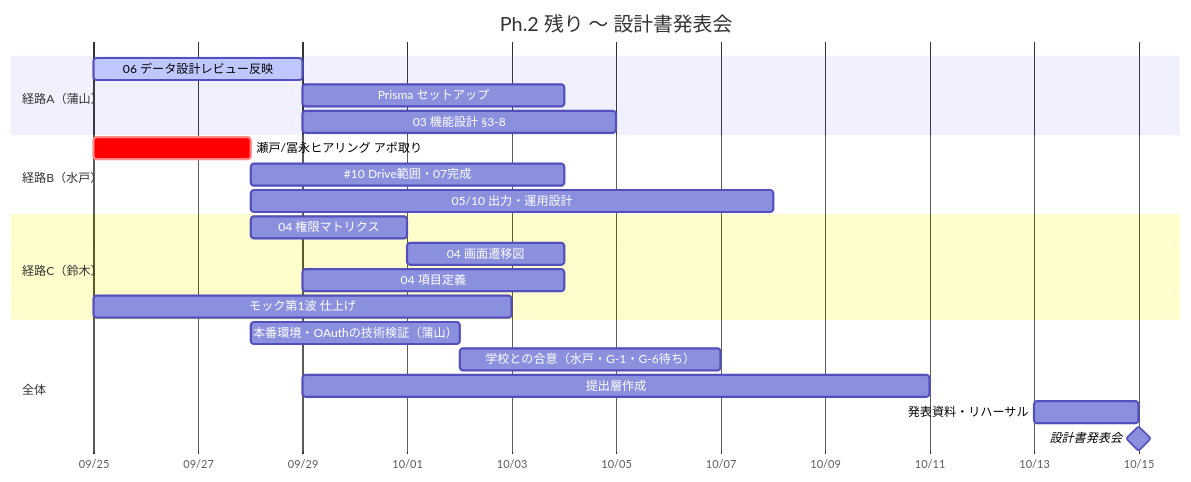
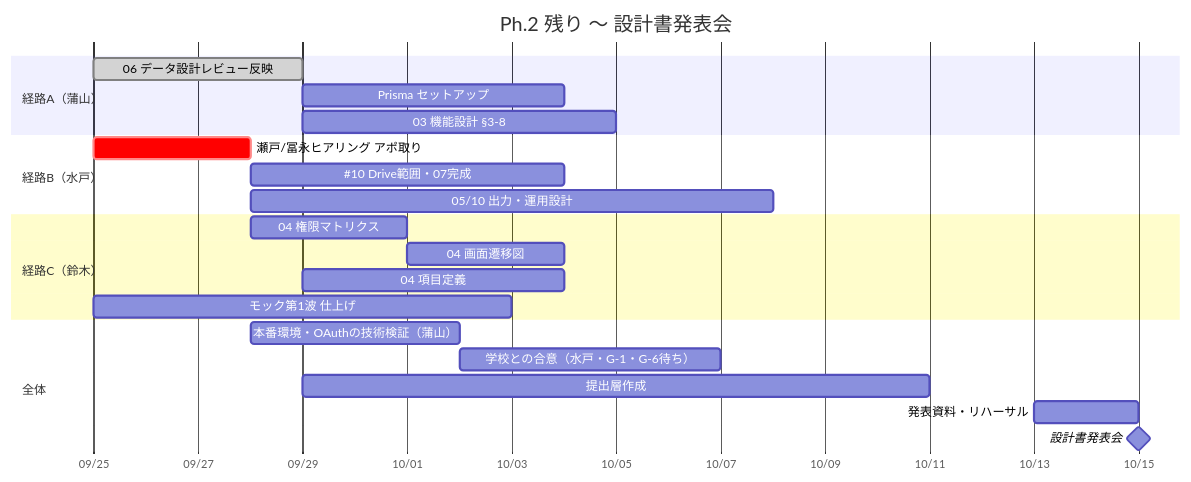
The diagram in pm/wbs.md (250158hj-maker/yse_compass), drawn with Mermaid before and after one commit. The commit also changed other lines of this file, not shown here.

````diff
--- a/pm/wbs.md
+++ b/pm/wbs.md
@@ -186,29 +186,29 @@
 ```mermaid
 gantt
     title Ph.2 残り 〜 設計書発表会
     dateFormat  YYYY-MM-DD
     axisFormat  %m/%d
 
     section 経路A（蒲山）
-    06 データ設計レビュー反映      :active, a1, 2026-09-25, 4d
+    06 データ設計レビュー反映      :done, a1, 2026-09-25, 4d
     Prisma セットアップ            :a2, after a1, 5d
     03 機能設計 §3-8               :a3, after a1, 6d
 
     section 経路B（水戸）
     瀬戸/冨永ヒアリング アポ取り    :crit, b1, 2026-09-25, 3d
     #10 Drive範囲・07完成          :b2, after b1, 6d
     05/10 出力・運用設計           :b3, after b1, 10d
 
     section 経路C（鈴木）
     04 権限マトリクス               :c1, 2026-09-28, 3d
     04 画面遷移図                   :c2, after c1, 3d
     04 項目定義                     :c3, after a1, 5d
     モック第1波 仕上げ              :c4, 2026-09-25, 8d
 
     section 全体
     本番環境・OAuthの技術検証（蒲山）    :d1a, 2026-09-28, 2026-10-02
     学校との合意（水戸・G-1・G-6待ち）  :d1b, after d1a, 5d
     提出層作成                      :e1, 2026-09-29, 12d
     発表資料・リハーサル            :f1, 2026-10-13, 2d
     設計書発表会                    :milestone, 2026-10-15, 0d
 ```
````
